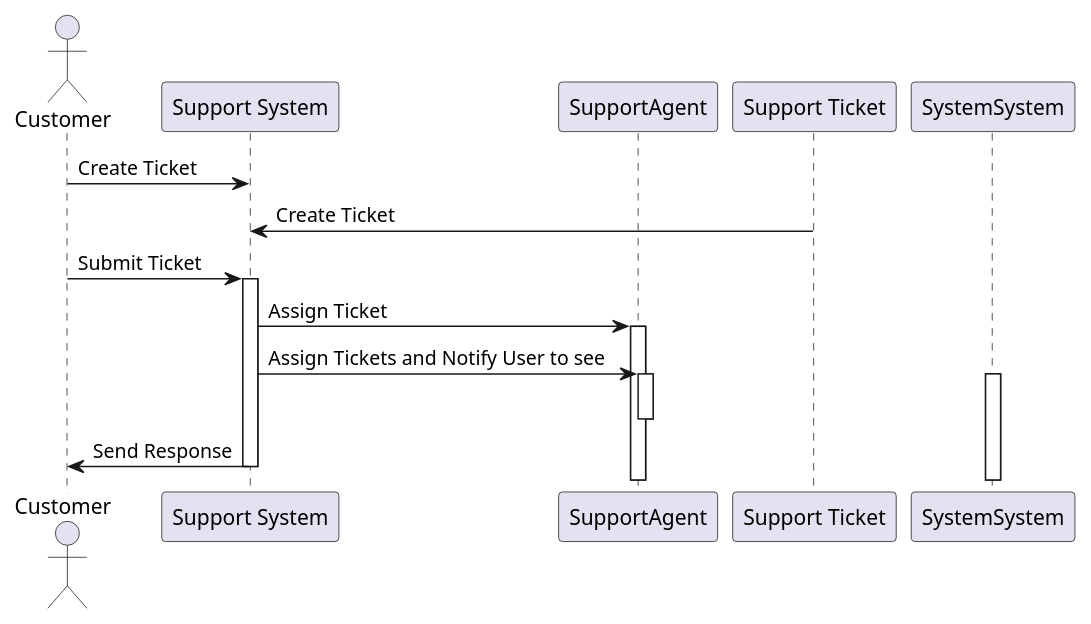
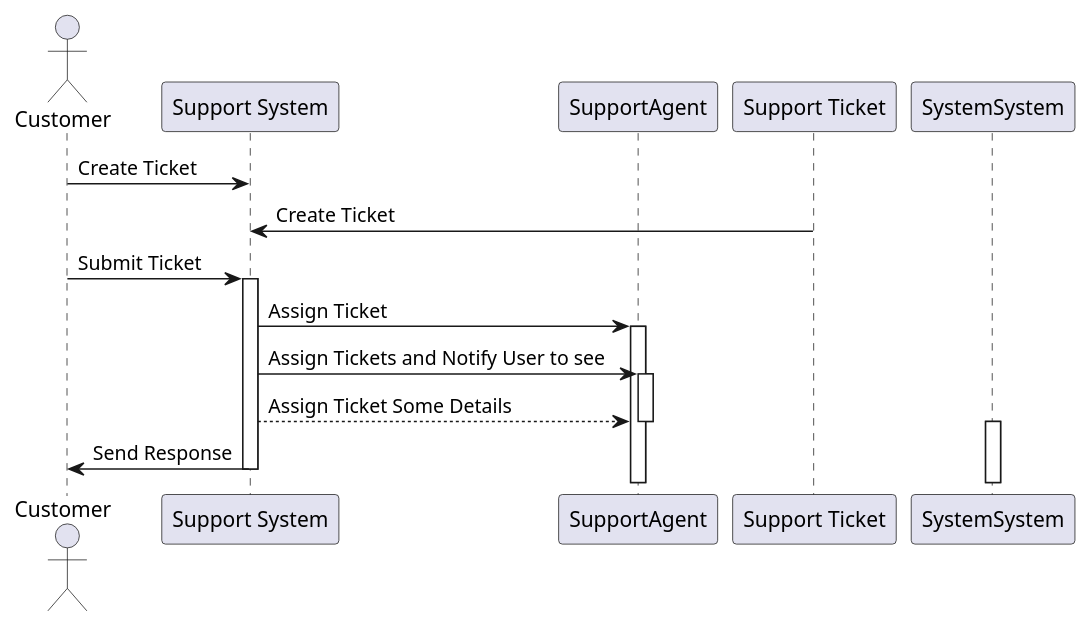
One commit to alladin7000/alladin7000.github.io changed the diagram in diagrams/s.puml. Above: the diagram before and after it, drawn with PlantUML.

```diff
--- a/diagrams/s.puml
+++ b/diagrams/s.puml
@@ -1,22 +1,22 @@
 @startuml
 actor Customer
 participant "Support System" as System
 participant "SupportAgent"
 participant "Support Ticket" as Ticket
 Customer -> System : Create Ticket
 Ticket -> System : Create Ticket
 Customer -> System : Submit Ticket
 activate System
 
 System -> SupportAgent : Assign Ticket
 activate SupportAgent
 
 System -> SupportAgent : Assign Tickets and Notify User to see 
 activate SupportAgent
-
+System --> SupportAgent : Assign Ticket Some Details
 deactivate SupportAgent
 activate SystemSystem
 
 System -> Customer : Send Response
 deactivate System
 @enduml
```
